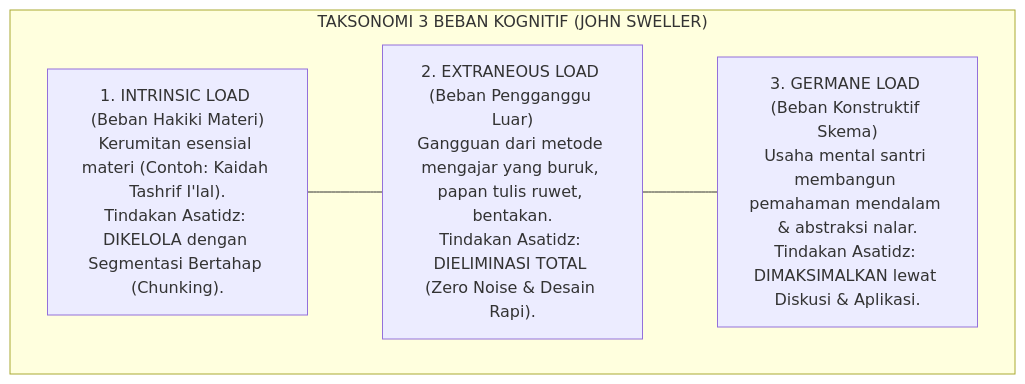
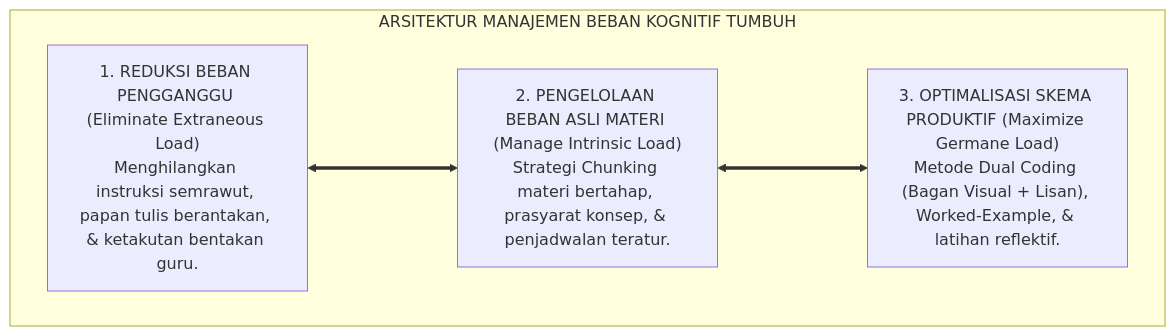
Before and after one commit to wandiapriliyandi/tumbuh: the second of 3 diagrams in 02 Principles/03 Learning Principles/P2-03-01-Prinsip-Kognitif-dan-Manajemen-Beban-Belajar.md, drawn with Mermaid. The commit also changed other lines of this file and 6 other files, not shown here.

````diff
--- a/02 Principles/03 Learning Principles/P2-03-01-Prinsip-Kognitif-dan-Manajemen-Beban-Belajar.md
+++ b/02 Principles/03 Learning Principles/P2-03-01-Prinsip-Kognitif-dan-Manajemen-Beban-Belajar.md
@@ -108,12 +115,13 @@
 ```mermaid
-graph TD
-    subgraph TigaBebanKognitifSweller["TAKSONOMI 3 BEBAN KOGNITIF (JOHN SWELLER)"]
-        Intrinsic["1. INTRINSIC LOAD (Beban Hakiki Materi)<br/>Kerumitan esensial materi (Contoh: Kaidah Tashrif I'lal).<br/>Tindakan Asatidz: DIKELOLA dengan Segmentasi Bertahap (Chunking)."]
+flowchart TD
+    subgraph ArsitekturKognitifTUMBUH["ARSITEKTUR MANAJEMEN BEBAN KOGNITIF TUMBUH"]
         
-        Extraneous["2. EXTRANEOUS LOAD (Beban Pengganggu Luar)<br/>Gangguan dari metode mengajar yang buruk, papan tulis ruwet, bentakan.<br/>Tindakan Asatidz: DIELIMINASI TOTAL (Zero Noise & Desain Rapi)."]
+        K1_Sayap["1. REDUKSI BEBAN PENGGANGGU (Eliminate Extraneous Load)<br/>Menghilangkan instruksi semrawut, papan tulis berantakan, & ketakutan bentakan guru."]
         
-        Germane["3. GERMANE LOAD (Beban Konstruktif Skema)<br/>Usaha mental santri membangun pemahaman mendalam & abstraksi nalar.<br/>Tindakan Asatidz: DIMAKSIMALKAN lewat Diskusi & Aplikasi."]
+        K2_Sayap["2. PENGELOLAAN BEBAN ASLI MATERI (Manage Intrinsic Load)<br/>Strategi Chunking materi bertahap, prasyarat konsep, & penjadwalan teratur."]
         
-        Intrinsic --- Extraneous --- Germane
+        K3_Sayap["3. OPTIMALISASI SKEMA PRODUKTIF (Maximize Germane Load)<br/>Metode Dual Coding (Bagan Visual + Lisan), Worked-Example, & latihan reflektif."]
+        
+        K1_Sayap <===> K2_Sayap <===> K3_Sayap
     end
 ```
````
